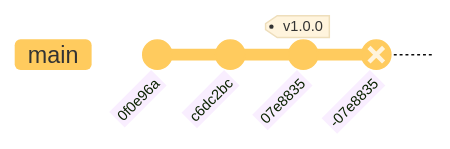
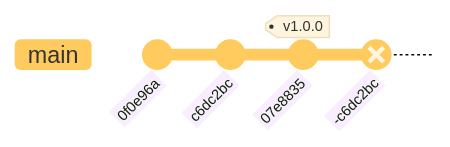
One commit to umr-marbec/git-training changed the eighth of 28 diagrams in git-training.qmd. Above: the diagram before and after it, drawn with Mermaid. The commit also changed other lines of this file, not shown here.

````diff
--- a/git-training.qmd
+++ b/git-training.qmd
@@ -239,11 +239,11 @@
 ```{mermaid}
 %%| fig-width: 10
 %%| fig-height: 1
 %%| fig-align: center
 %%{init: { 'logLevel': 'debug', 'theme': 'base', 'gitGraph': {'rotateCommitLabel': true}}}%%
 gitGraph
     commit id: "0f0e96a"
     commit id: "c6dc2bc"
     commit id: "07e8835" tag: "v1.0.0"
-    commit id: "-07e8835" type: REVERSE
+    commit id: "-c6dc2bc" type: REVERSE
 ```
````
